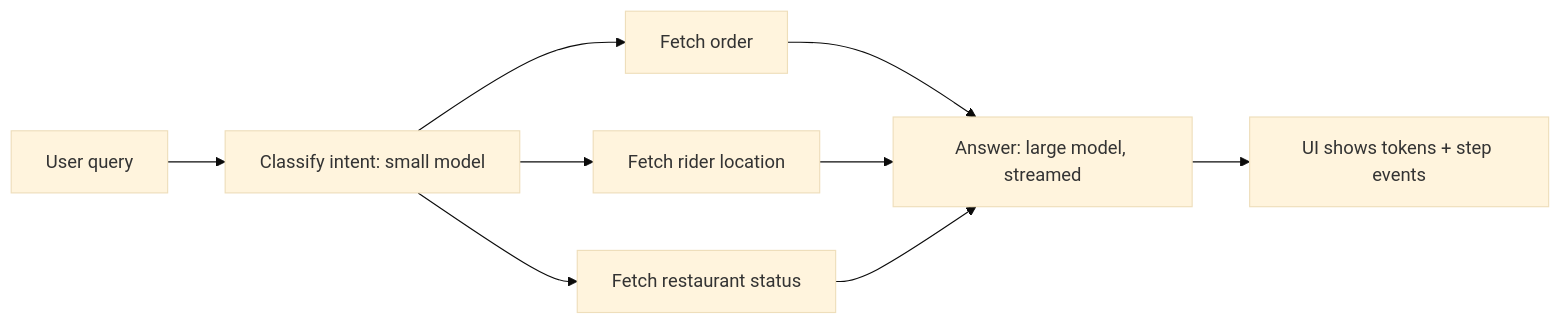
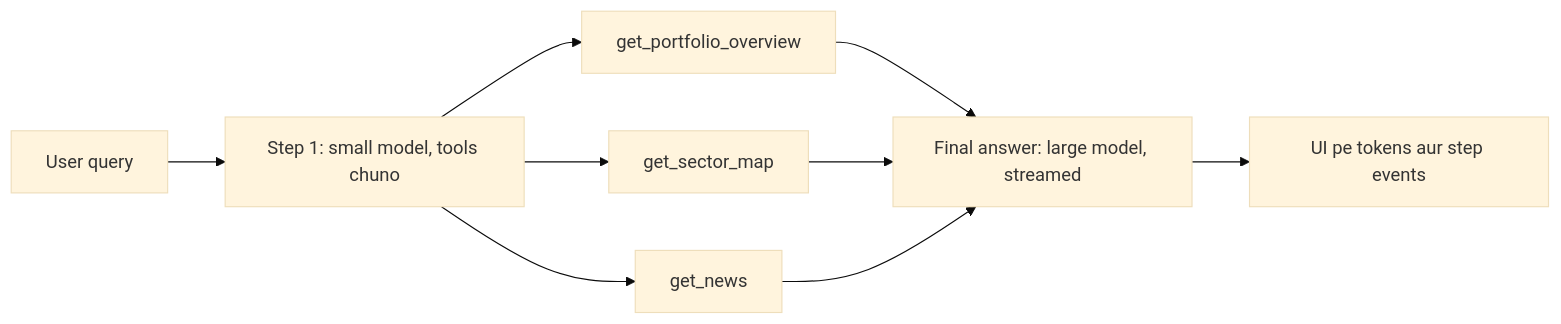
One commit to flow6979/viewinter changed the sixth of 7 diagrams in content/11-agentic/11-cost-latency.md. Above: the diagram before and after it, drawn with Mermaid (base theme). The commit also changed other lines of this file and 26 other files, not shown here.

First line of the commit message:
Agentic AI: rewrite all 13 pages to explain from scratch; animate diagrams on every article

````diff
--- a/content/11-agentic/11-cost-latency.md
+++ b/content/11-agentic/11-cost-latency.md
@@ -262,11 +509,11 @@
 ```mermaid
 flowchart LR
-    U["User query"] --> C["Classify intent: small model"]
-    C --> O["Fetch order"]
-    C --> R["Fetch rider location"]
-    C --> P["Fetch restaurant status"]
-    O --> A["Answer: large model, streamed"]
+    U["User query"] --> C["Step 1: small model, tools chuno"]
+    C --> O["get_portfolio_overview"]
+    C --> R["get_sector_map"]
+    C --> P["get_news"]
+    O --> A["Final answer: large model, streamed"]
     R --> A
     P --> A
-    A --> UI["UI shows tokens + step events"]
+    A --> UI["UI pe tokens aur step events"]
 ```
````
